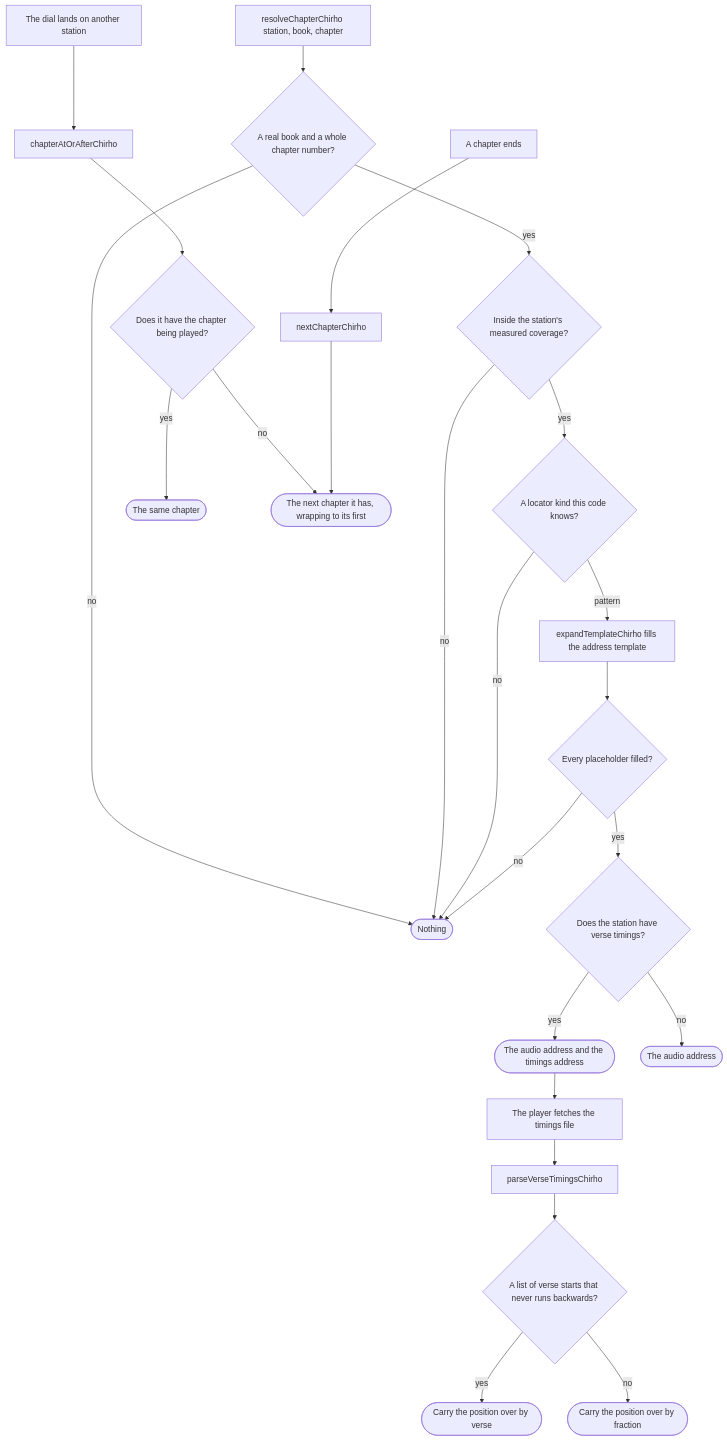
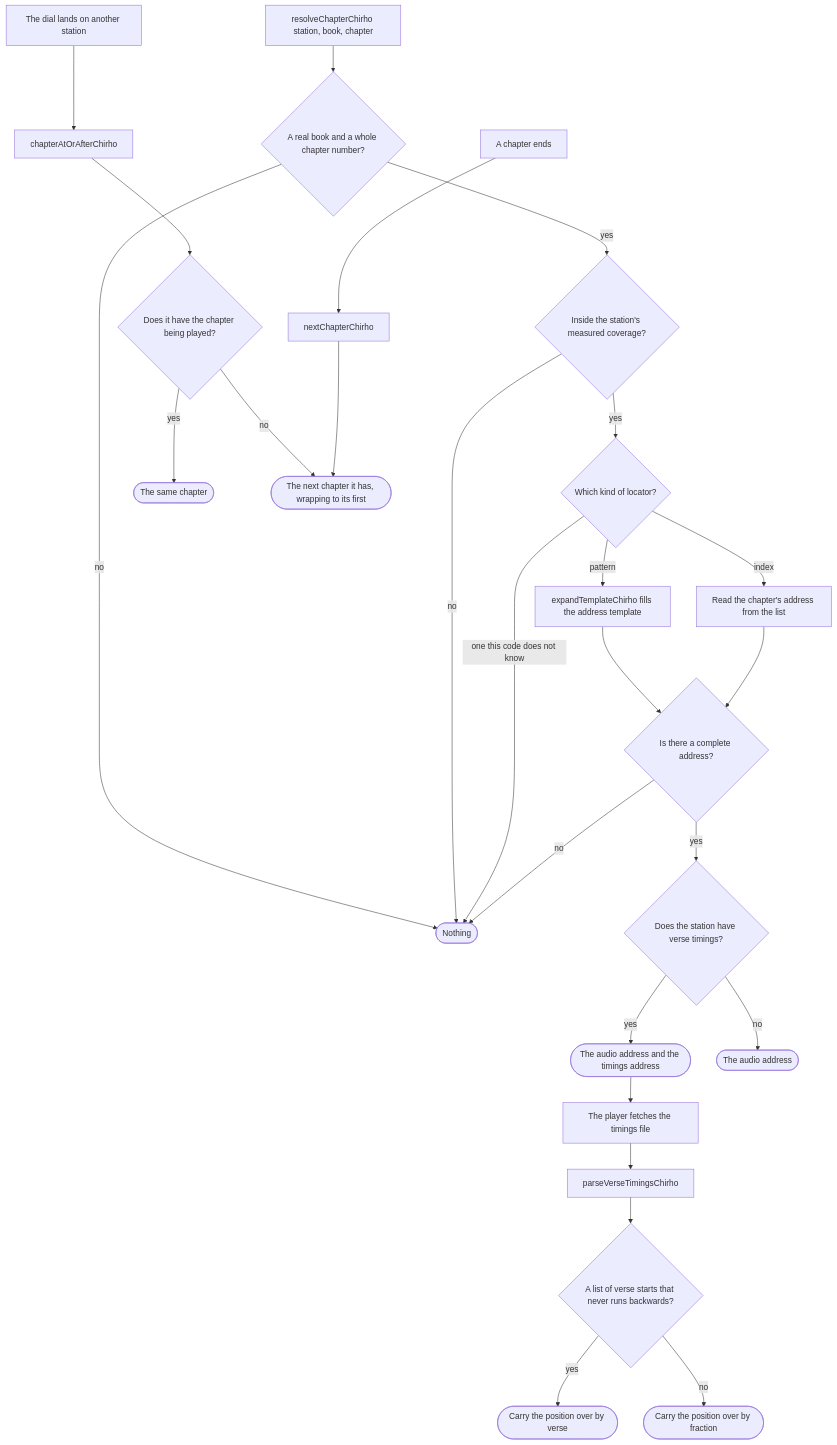
Before and after one commit to loveJesus/audiobiblerad.io-chirho: the second of 2 diagrams in spec-chirho/workflows-chirho/catalogue_workflow_chirho.md, drawn with Mermaid. The commit also changed other lines of this file and 44 other files, not shown here.

````diff
--- a/spec-chirho/workflows-chirho/catalogue_workflow_chirho.md
+++ b/spec-chirho/workflows-chirho/catalogue_workflow_chirho.md
@@ -50,29 +62,31 @@
 ```mermaid
 flowchart TD
     ask_chirho[resolveChapterChirho station, book, chapter] --> real_chirho{A real book and a whole chapter number?}
     real_chirho -- no --> nothing_chirho([Nothing])
     real_chirho -- yes --> covered_chirho{Inside the station's measured coverage?}
     covered_chirho -- no --> nothing_chirho
-    covered_chirho -- yes --> kind_chirho{A locator kind this code knows?}
-    kind_chirho -- no --> nothing_chirho
+    covered_chirho -- yes --> kind_chirho{Which kind of locator?}
+    kind_chirho -- one this code does not know --> nothing_chirho
     kind_chirho -- pattern --> fill_chirho[expandTemplateChirho fills the address template]
-    fill_chirho --> whole_chirho{Every placeholder filled?}
+    kind_chirho -- index --> look_chirho[Read the chapter's address from the list]
+    fill_chirho --> whole_chirho{Is there a complete address?}
+    look_chirho --> whole_chirho
     whole_chirho -- no --> nothing_chirho
     whole_chirho -- yes --> timed_chirho{Does the station have verse timings?}
     timed_chirho -- yes --> both_chirho([The audio address and the timings address])
     timed_chirho -- no --> audio_chirho([The audio address])
 
     both_chirho --> fetch_chirho[The player fetches the timings file]
     fetch_chirho --> parse_chirho[parseVerseTimingsChirho]
     parse_chirho --> usable_chirho{A list of verse starts that never runs backwards?}
     usable_chirho -- yes --> verse_chirho([Carry the position over by verse])
     usable_chirho -- no --> fraction_chirho([Carry the position over by fraction])
 
     dial_chirho[The dial lands on another station] --> ator_chirho[chapterAtOrAfterChirho]
     ator_chirho --> same_chirho{Does it have the chapter being played?}
     same_chirho -- yes --> stay_chirho([The same chapter])
     same_chirho -- no --> later_chirho([The next chapter it has, wrapping to its first])
 
     ended_chirho[A chapter ends] --> next_chirho[nextChapterChirho]
     next_chirho --> later_chirho
 ```
````
